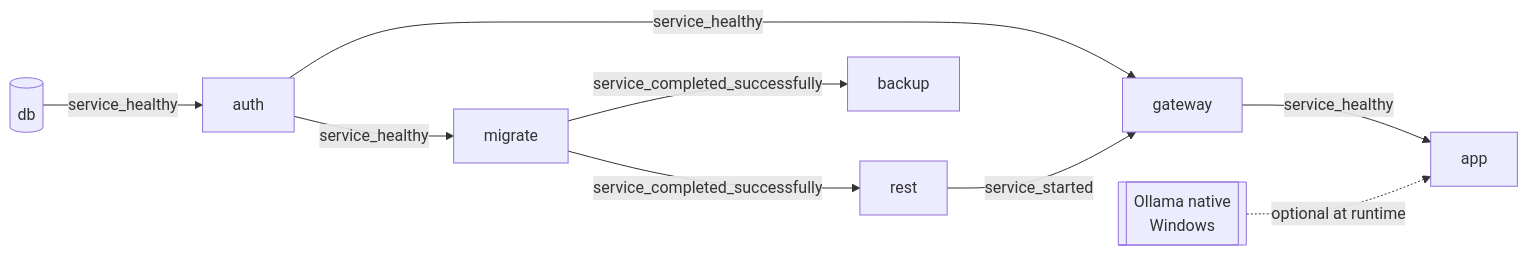
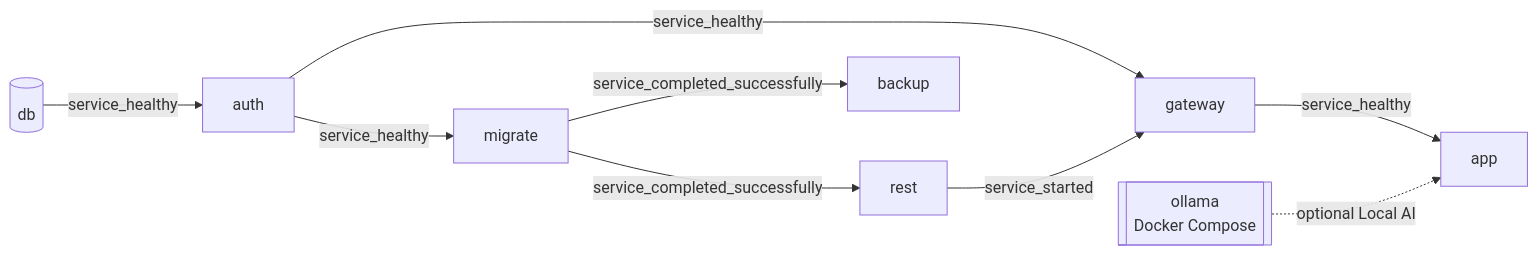
Before and after one commit to Frederick-Branford/tybc-restaurant-stock-offline: the diagram in docs/offline/DOCKER-DEPLOYMENT-PLAN.md, drawn with Mermaid. The commit also changed other lines of this file and 8 other files, not shown here.

Commit message:
feat(offline): run Ollama inside Docker Compose

````diff
--- a/docs/offline/DOCKER-DEPLOYMENT-PLAN.md
+++ b/docs/offline/DOCKER-DEPLOYMENT-PLAN.md
@@ -123,11 +125,11 @@
 ```mermaid
 flowchart LR
   db[(db)] -- service_healthy --> auth
   auth -- service_healthy --> migrate
   migrate -- service_completed_successfully --> rest
   migrate -- service_completed_successfully --> backup
   auth -- service_healthy --> gateway
   rest -- service_started --> gateway
   gateway -- service_healthy --> app
-  ollama[[Ollama native<br/>Windows]] -. optional at runtime .-> app
+  ollama[[ollama<br/>Docker Compose]] -. optional Local AI .-> app
 ```
````
